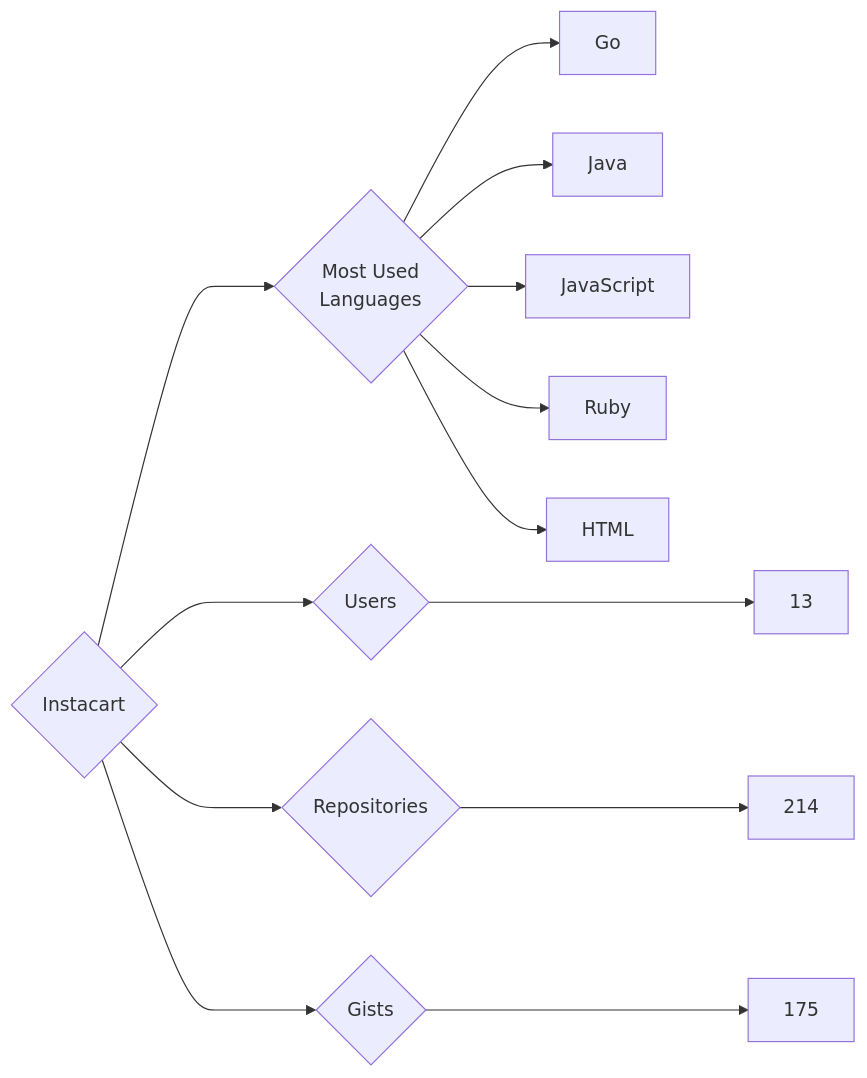
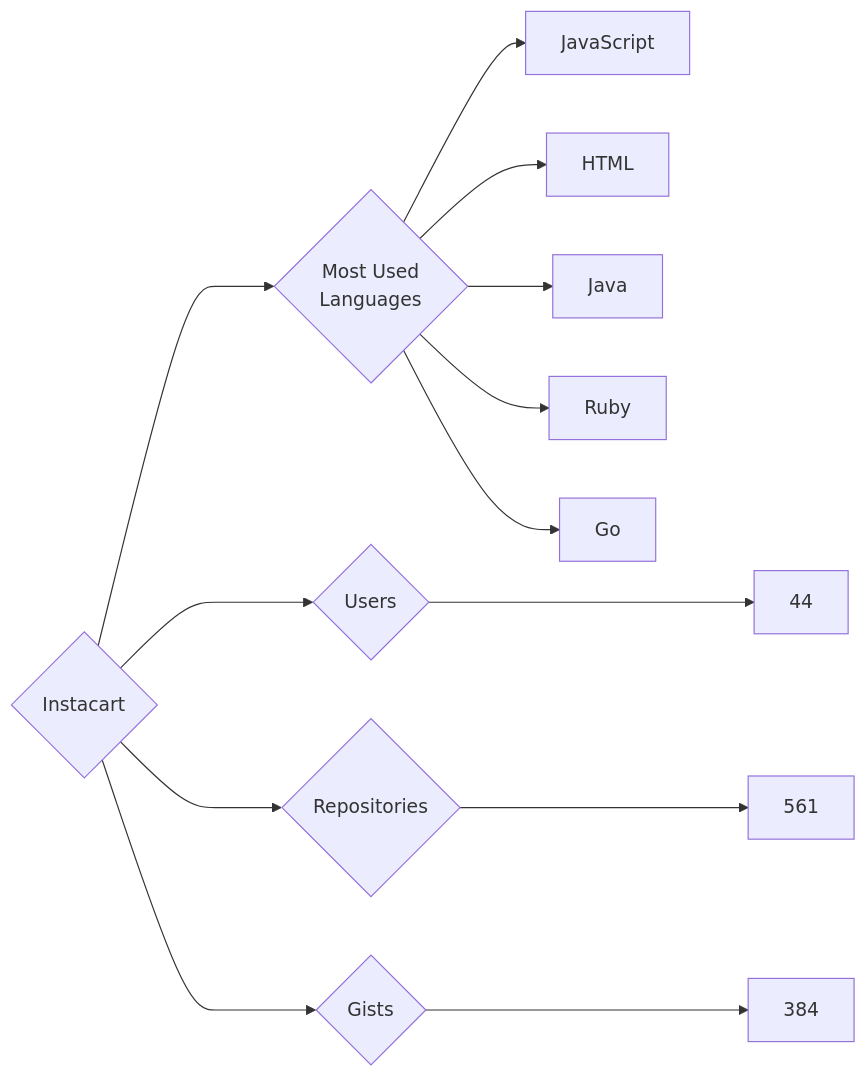
The diagram in targets/Instacart/README.md (trickest/insiders), drawn with Mermaid before and after one commit. The commit also changed 752 other files, not shown here.

````diff
--- a/targets/Instacart/README.md
+++ b/targets/Instacart/README.md
@@ -3,13 +3,13 @@
 ```mermaid
 graph LR
 COMPANY_NAME{Instacart}
-COMPANY_NAME ---> U{Users} ---> UN[13]
-COMPANY_NAME ---> R{Repositories} ---> RN[214]
-COMPANY_NAME ---> G{Gists} ---> GN[175]
+COMPANY_NAME ---> U{Users} ---> UN[44]
+COMPANY_NAME ---> R{Repositories} ---> RN[561]
+COMPANY_NAME ---> G{Gists} ---> GN[384]
 COMPANY_NAME ---> ML{Most Used<br>Languages}
+ML --> JavaScript[JavaScript]
+ML --> HTML[HTML]
+ML --> Java[Java]
+ML --> Ruby[Ruby]
 ML --> Go[Go]
-ML --> Java[Java]
-ML --> JavaScript[JavaScript]
-ML --> Ruby[Ruby]
-ML --> HTML[HTML]
 ```
````
